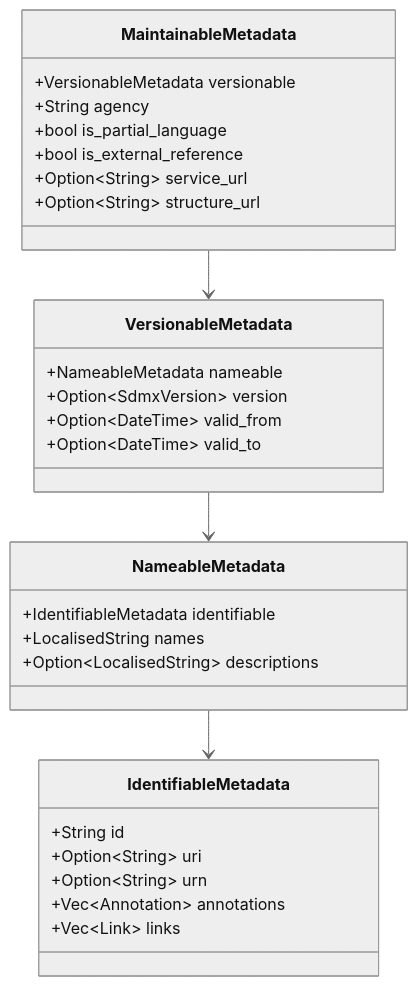
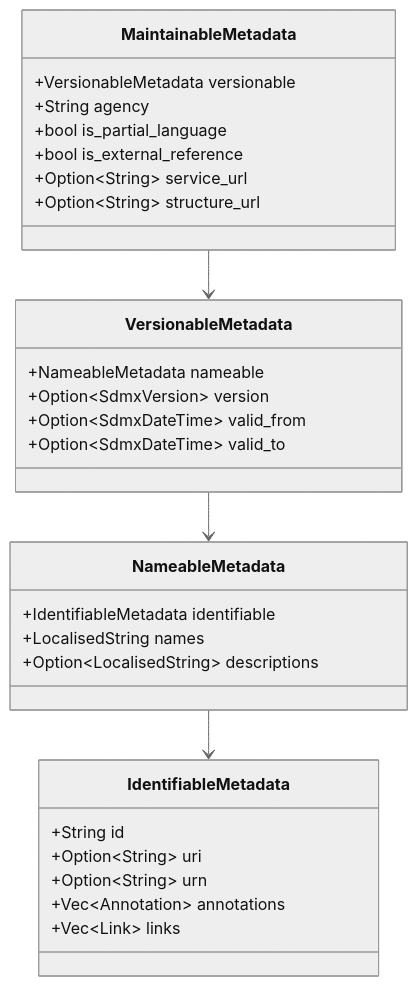
Before and after one commit to dgalbraith/sdmx-rs: the diagram in docs/design/0010-sdmx-core-domain-types-design.md, drawn with Mermaid (neutral theme). The commit also changed other lines of this file and 15 other files, not shown here.

First line of the commit message:
feat(types): store validity windows as SdmxDateTime

````diff
--- a/docs/design/0010-sdmx-core-domain-types-design.md
+++ b/docs/design/0010-sdmx-core-domain-types-design.md
@@ -51,32 +51,32 @@
 ```mermaid
 classDiagram
     class IdentifiableMetadata {
         +String id
         +Option~String~ uri
         +Option~String~ urn
         +Vec~Annotation~ annotations
         +Vec~Link~ links
     }
     class NameableMetadata {
         +IdentifiableMetadata identifiable
         +LocalisedString names
         +Option~LocalisedString~ descriptions
     }
     class VersionableMetadata {
         +NameableMetadata nameable
         +Option~SdmxVersion~ version
-        +Option~DateTime~ valid_from
-        +Option~DateTime~ valid_to
+        +Option~SdmxDateTime~ valid_from
+        +Option~SdmxDateTime~ valid_to
     }
     class MaintainableMetadata {
         +VersionableMetadata versionable
         +String agency
         +bool is_partial_language
         +bool is_external_reference
         +Option~String~ service_url
         +Option~String~ structure_url
     }
     NameableMetadata --> IdentifiableMetadata
     VersionableMetadata --> NameableMetadata
     MaintainableMetadata --> VersionableMetadata
 ```
````
